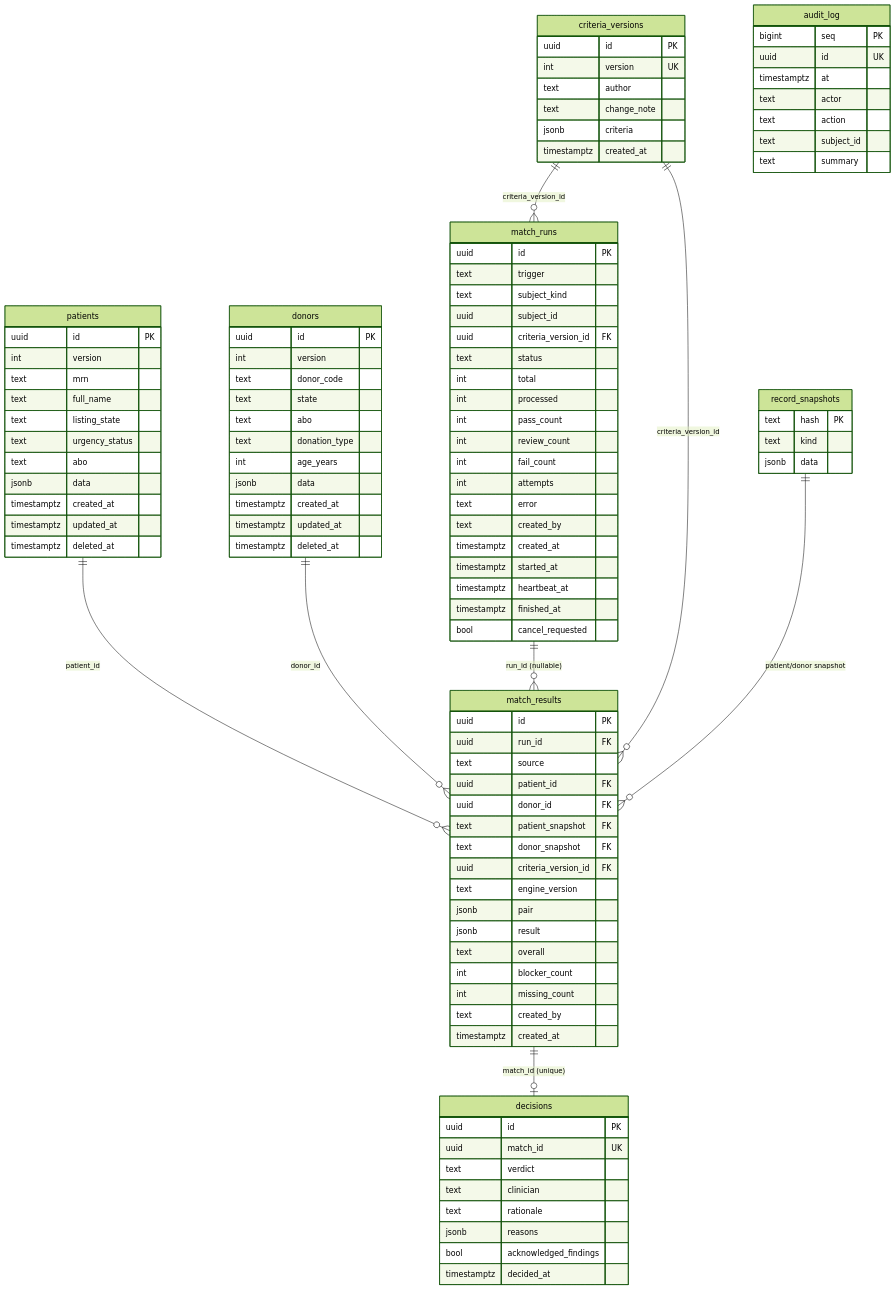
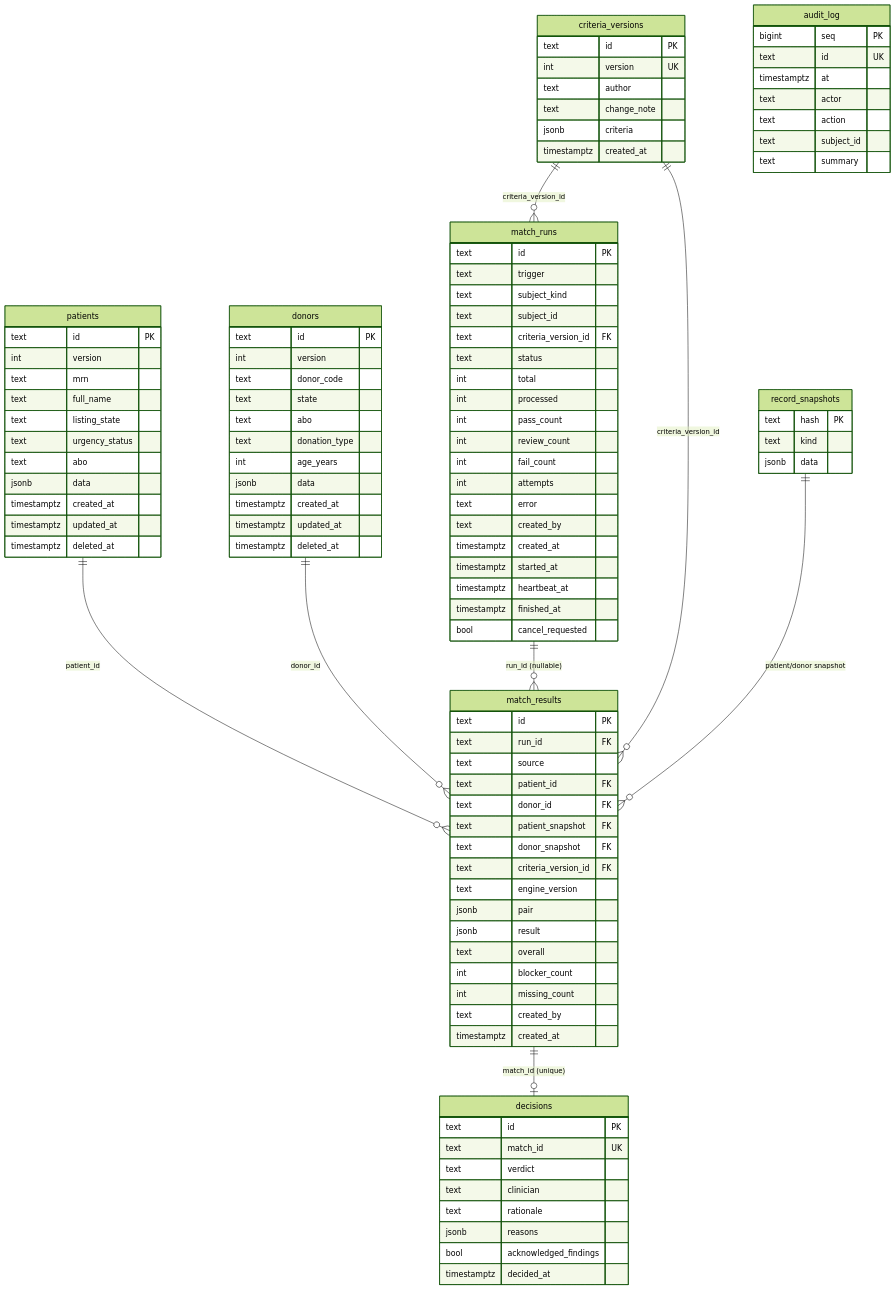
Before and after one commit to CureAI-dev/HLA-Trans: the second of 8 diagrams in docs/specs/2026-11-14-v2-postgres-matching-ux-spec.md, drawn with Mermaid (forest theme). The commit also changed other lines of this file and 1 other file, not shown here.

Commit message:
docs: README for postgres and matching; spec matches implementation

```diff
--- a/docs/specs/2026-11-14-v2-postgres-matching-ux-spec.md
+++ b/docs/specs/2026-11-14-v2-postgres-matching-ux-spec.md
@@ -129,7 +129,7 @@
   match_results ||--o| decisions : "match_id (unique)"
 
   patients {
-    uuid id PK
+    text id PK
     int version
     text mrn
     text full_name
@@ -142,7 +142,7 @@
     timestamptz deleted_at
   }
   donors {
-    uuid id PK
+    text id PK
     int version
     text donor_code
     text state
@@ -160,7 +160,7 @@
     jsonb data
   }
   criteria_versions {
-    uuid id PK
+    text id PK
     int version UK
     text author
     text change_note
@@ -168,11 +168,11 @@
     timestamptz created_at
   }
   match_runs {
-    uuid id PK
+    text id PK
     text trigger
     text subject_kind
-    uuid subject_id
-    uuid criteria_version_id FK
+    text subject_id
+    text criteria_version_id FK
     text status
     int total
     int processed
@@ -189,14 +189,14 @@
     bool cancel_requested
   }
   match_results {
-    uuid id PK
-    uuid run_id FK
+    text id PK
+    text run_id FK
     text source
-    uuid patient_id FK
-    uuid donor_id FK
+    text patient_id FK
+    text donor_id FK
     text patient_snapshot FK
     text donor_snapshot FK
-    uuid criteria_version_id FK
+    text criteria_version_id FK
     text engine_version
     jsonb pair
     jsonb result
@@ -207,8 +207,8 @@
     timestamptz created_at
   }
   decisions {
-    uuid id PK
-    uuid match_id UK
+    text id PK
+    text match_id UK
     text verdict
     text clinician
     text rationale
@@ -218,7 +218,7 @@
   }
   audit_log {
     bigint seq PK
-    uuid id UK
+    text id UK
     timestamptz at
     text actor
     text action
```
